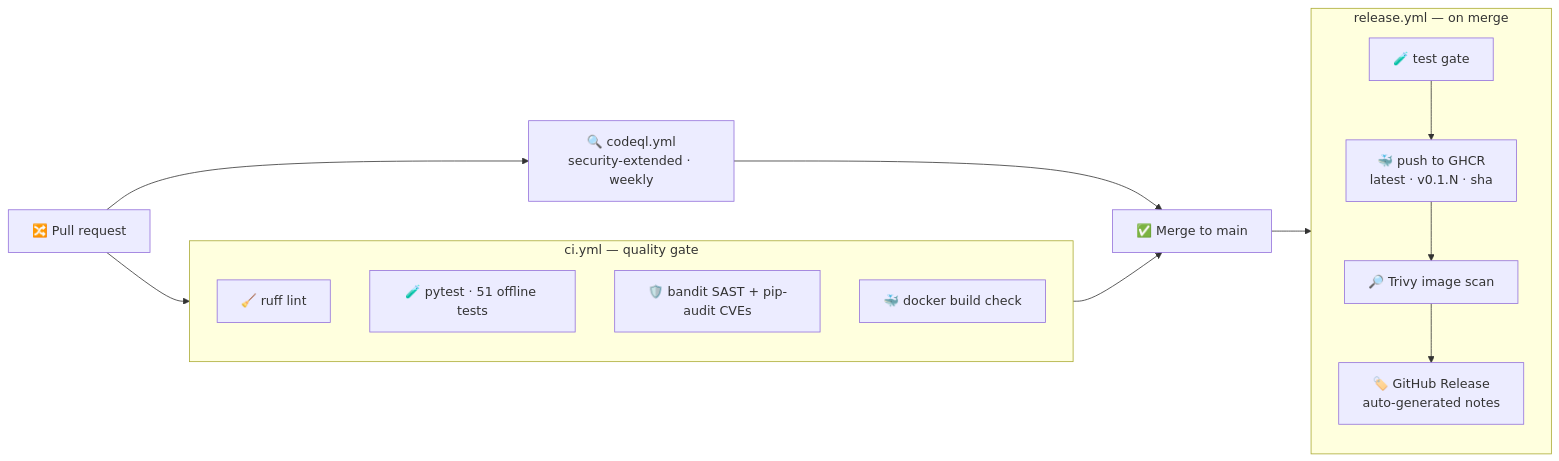
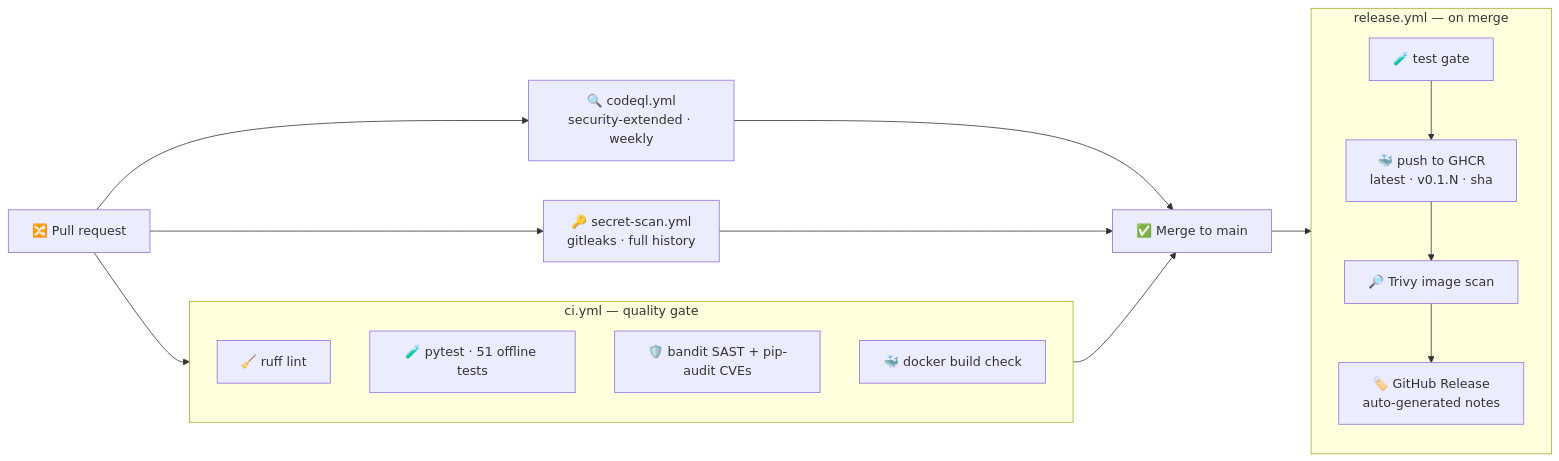
The fifth of 5 diagrams in README.md (sinalkar/LedgerLens-Document-Intelligence-), drawn with Mermaid before and after one commit. The commit also changed other lines of this file and 2 other files, not shown here.

Commit message:
Add gitleaks secret scanning workflow
- secret-scan.yml runs gitleaks over the full git history on every PR,
  push to main, and a weekly schedule; any committed credential fails
  the build
- Document the workflow in docs/CI_CD.md (incl. pointer to GitHub's
  native push protection) and add the badge + pipeline-diagram node
  to the README

Claude-Session: https://claude.ai/code/session_013Snen4gWLHGZyU1m3kJEyN

````diff
--- a/README.md
+++ b/README.md
@@ -301,21 +302,23 @@
 ```mermaid
 flowchart LR
     PR["🔀 Pull request"] --> CI
     subgraph CI["ci.yml — quality gate"]
         direction TB
         C1["🧹 ruff lint"]
         C2["🧪 pytest · 51 offline tests"]
         C3["🛡️ bandit SAST + pip-audit CVEs"]
         C4["🐳 docker build check"]
     end
     PR --> CQ["🔍 codeql.yml<br/>security-extended · weekly"]
+    PR --> SS["🔑 secret-scan.yml<br/>gitleaks · full history"]
     CI --> M["✅ Merge to main"]
     CQ --> M
+    SS --> M
     M --> REL
     subgraph REL["release.yml — on merge"]
         direction TB
         R1["🧪 test gate"] --> R2["🐳 push to GHCR<br/>latest · v0.1.N · sha"]
         R2 --> R3["🔎 Trivy image scan"]
         R3 --> R4["🏷️ GitHub Release<br/>auto-generated notes"]
     end
 ```
````
